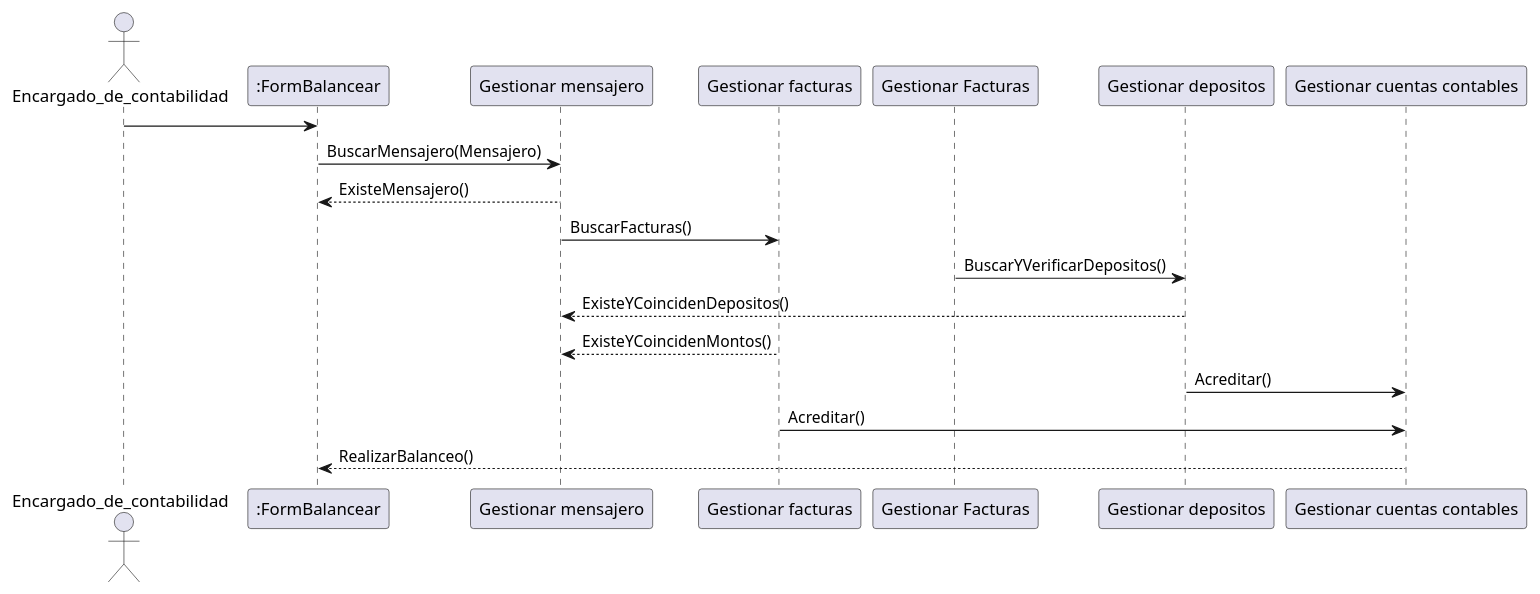
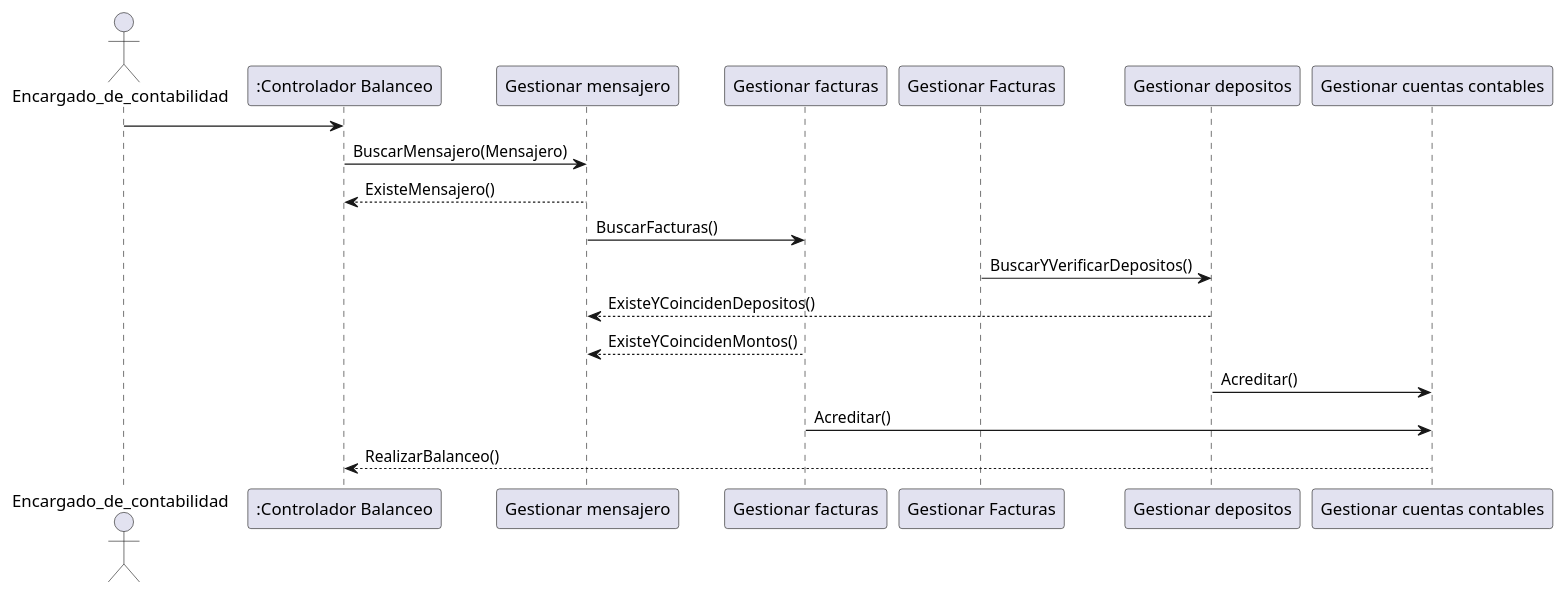
One commit to ricardoasinr/Sistemas-de-la-informacion changed the diagram in Caso Balanceo/Diagrama de secuencia/3. Balancear facturas y depositos.plantuml. Above: the diagram before and after it, drawn with PlantUML. The commit also changed 8 other files, not shown here.

```diff
--- a/Caso Balanceo/Diagrama de secuencia/3. Balancear facturas y depositos.plantuml
+++ b/Caso Balanceo/Diagrama de secuencia/3. Balancear facturas y depositos.plantuml
@@ -1,30 +1,30 @@
 @startuml 3. Balancear facturas y depositos
 
 actor Encargado_de_contabilidad
 
 
-Encargado_de_contabilidad -> ":FormBalancear"
+Encargado_de_contabilidad -> ":Controlador Balanceo"
 
 
-":FormBalancear" -> "Gestionar mensajero": BuscarMensajero(Mensajero)
+":Controlador Balanceo" -> "Gestionar mensajero": BuscarMensajero(Mensajero)
 
-"Gestionar mensajero" --> ":FormBalancear": ExisteMensajero()
+"Gestionar mensajero" --> ":Controlador Balanceo": ExisteMensajero()
 
 "Gestionar mensajero" -> "Gestionar facturas" : BuscarFacturas()
 
 "Gestionar Facturas" -> "Gestionar depositos":BuscarYVerificarDepositos()
 
 "Gestionar depositos" --> "Gestionar mensajero" : ExisteYCoincidenDepositos()
 
 "Gestionar facturas" --> "Gestionar mensajero" : ExisteYCoincidenMontos()
 
 "Gestionar depositos" -> "Gestionar cuentas contables" : Acreditar()
 "Gestionar facturas" -> "Gestionar cuentas contables" : Acreditar()
 
-"Gestionar cuentas contables" --> ":FormBalancear": RealizarBalanceo()
+"Gestionar cuentas contables" --> ":Controlador Balanceo": RealizarBalanceo()
 
 
 
 
 
 @enduml
```
